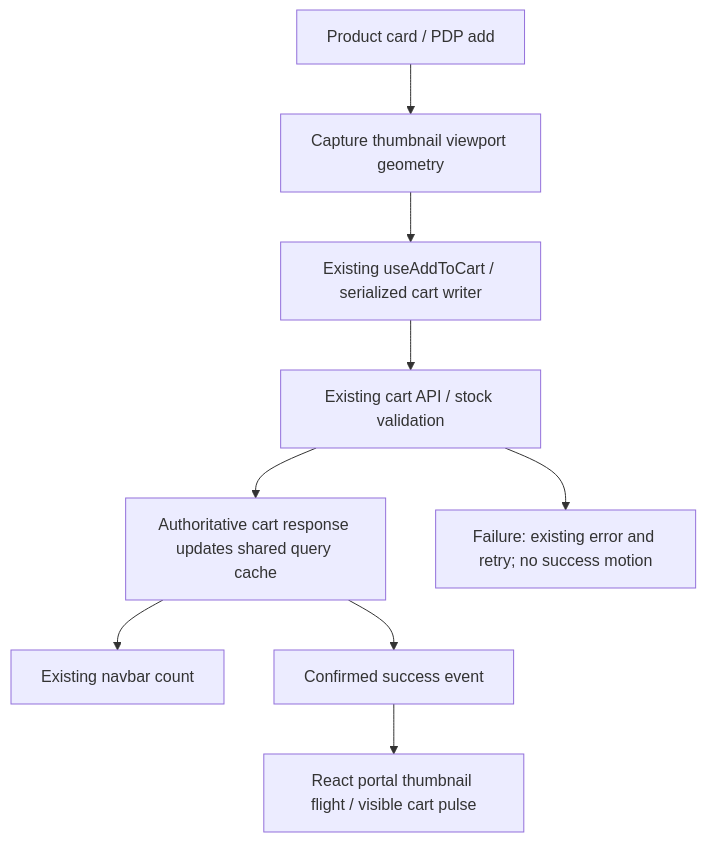
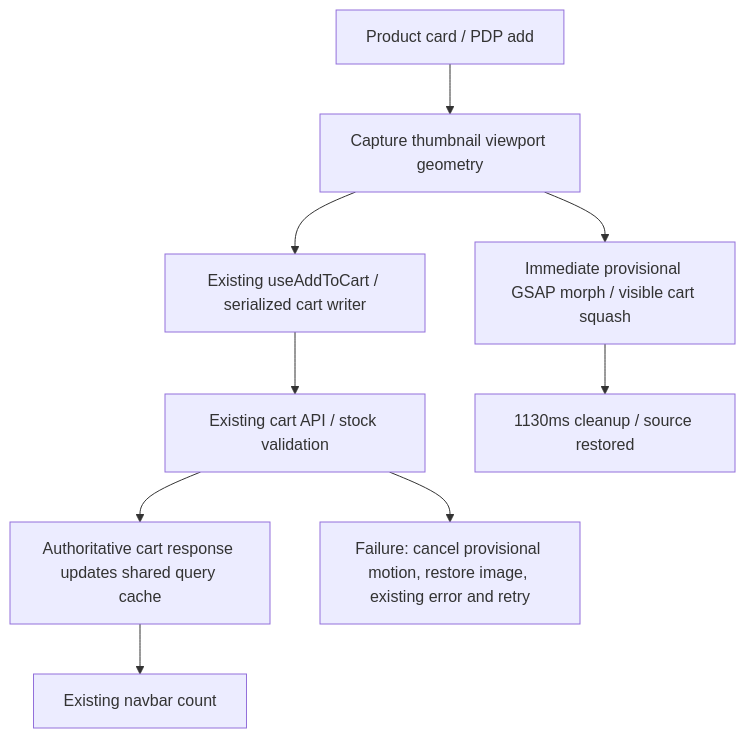
The third of 3 diagrams in docs/storefront-interactions-qa.md (3syncai/oweg-ecommerce), drawn with Mermaid before and after one commit. The commit also changed other lines of this file and 14 other files, not shown here.

Commit message:
Polish responsive cart motion, shopping feedback and search suggestions

````diff
--- a/docs/storefront-interactions-qa.md
+++ b/docs/storefront-interactions-qa.md
@@ -48,11 +48,11 @@
 ```mermaid
 flowchart TD
   Click[Product card / PDP add] --> Capture[Capture thumbnail viewport geometry]
   Capture --> Mutation[Existing useAddToCart / serialized cart writer]
   Mutation --> Backend[Existing cart API / stock validation]
   Backend --> Cache[Authoritative cart response updates shared query cache]
   Cache --> Count[Existing navbar count]
-  Cache --> Success[Confirmed success event]
-  Success --> Motion[React portal thumbnail flight / visible cart pulse]
-  Backend --> Failure[Failure: existing error and retry; no success motion]
+  Capture --> Motion[Immediate provisional GSAP morph / visible cart squash]
+  Motion --> Cleanup[1130ms cleanup / source restored]
+  Backend --> Failure[Failure: cancel provisional motion, restore image, existing error and retry]
 ```
````
